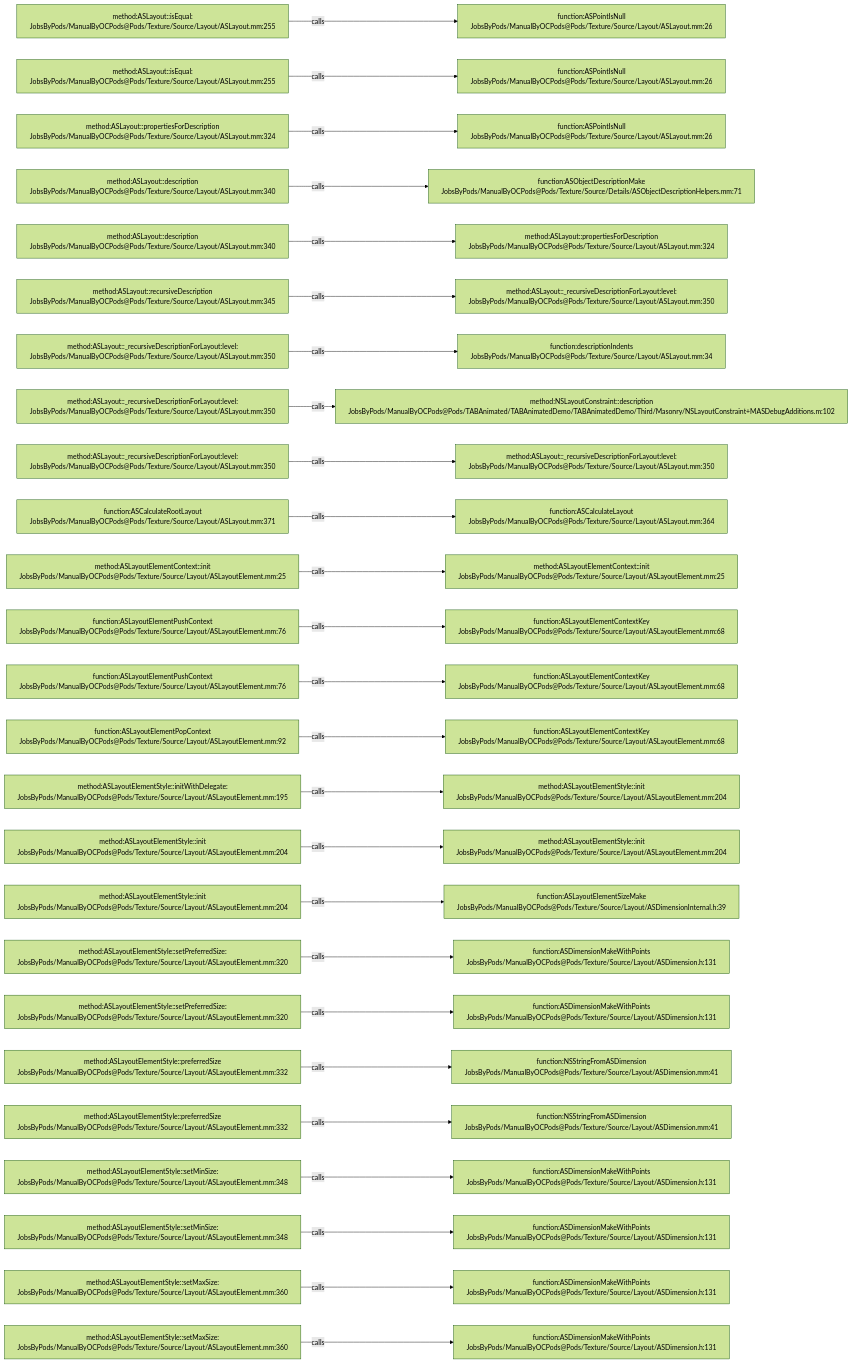
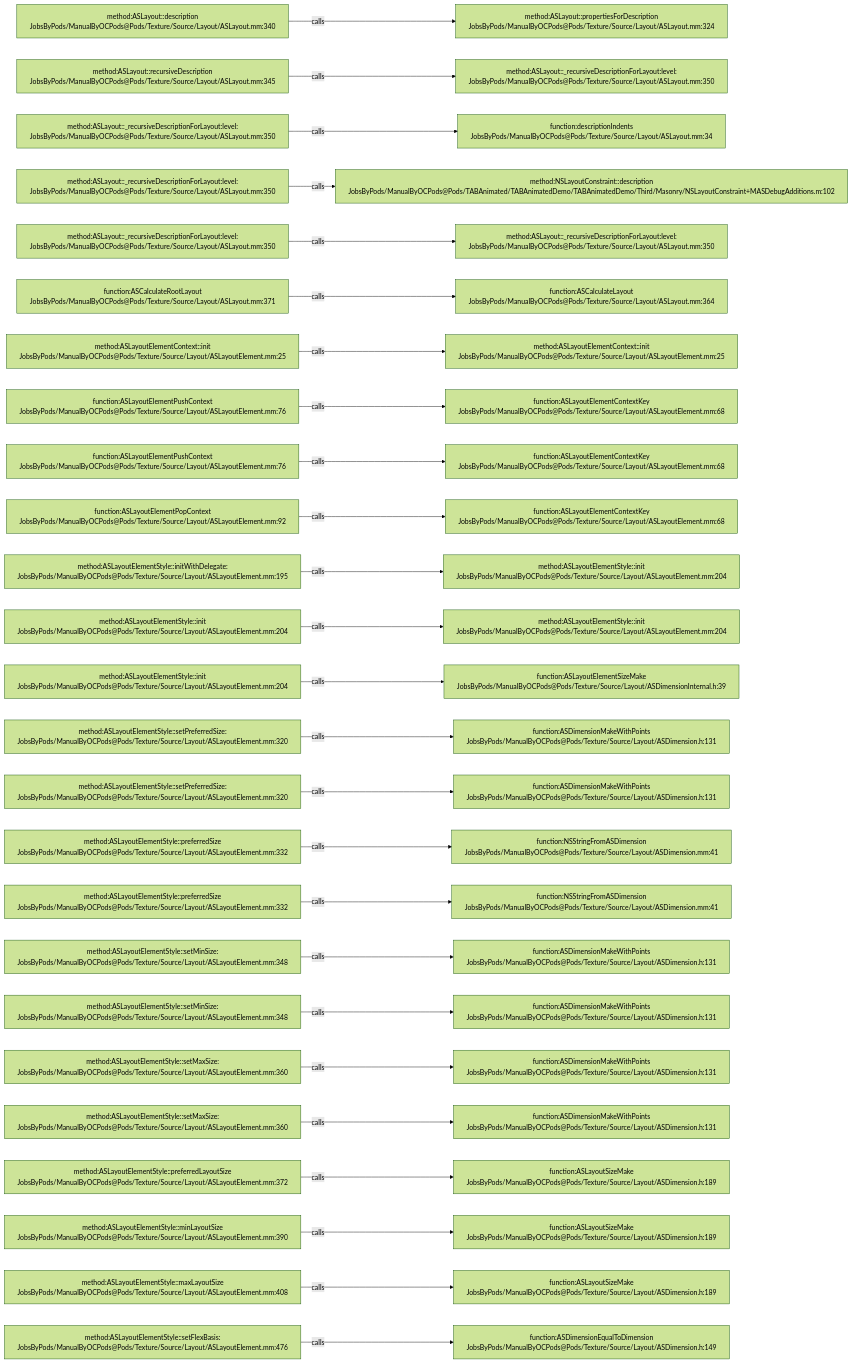
Before and after one commit to JobsKits/JobsOCBaseConfigDemo: the diagram in .codegraph/codegraph.md/graphs/calls-177.md, drawn with Mermaid (forest theme). The commit also changed 727 other files, not shown here.

````diff
--- a/.codegraph/codegraph.md/graphs/calls-177.md
+++ b/.codegraph/codegraph.md/graphs/calls-177.md
@@ -13,78 +13,78 @@
 ```mermaid
 flowchart LR
-  S1["method:ASLayout::isEqual:<br/>JobsByPods/ManualByOCPods@Pods/Texture/Source/Layout/ASLayout.mm:255"]
-  T1["function:ASPointIsNull<br/>JobsByPods/ManualByOCPods@Pods/Texture/Source/Layout/ASLayout.mm:26"]
+  S1["method:ASLayout::description<br/>JobsByPods/ManualByOCPods@Pods/Texture/Source/Layout/ASLayout.mm:340"]
+  T1["method:ASLayout::propertiesForDescription<br/>JobsByPods/ManualByOCPods@Pods/Texture/Source/Layout/ASLayout.mm:324"]
   S1 -->|calls| T1
-  S2["method:ASLayout::isEqual:<br/>JobsByPods/ManualByOCPods@Pods/Texture/Source/Layout/ASLayout.mm:255"]
-  T2["function:ASPointIsNull<br/>JobsByPods/ManualByOCPods@Pods/Texture/Source/Layout/ASLayout.mm:26"]
+  S2["method:ASLayout::recursiveDescription<br/>JobsByPods/ManualByOCPods@Pods/Texture/Source/Layout/ASLayout.mm:345"]
+  T2["method:ASLayout::_recursiveDescriptionForLayout:level:<br/>JobsByPods/ManualByOCPods@Pods/Texture/Source/Layout/ASLayout.mm:350"]
   S2 -->|calls| T2
-  S3["method:ASLayout::propertiesForDescription<br/>JobsByPods/ManualByOCPods@Pods/Texture/Source/Layout/ASLayout.mm:324"]
-  T3["function:ASPointIsNull<br/>JobsByPods/ManualByOCPods@Pods/Texture/Source/Layout/ASLayout.mm:26"]
+  S3["method:ASLayout::_recursiveDescriptionForLayout:level:<br/>JobsByPods/ManualByOCPods@Pods/Texture/Source/Layout/ASLayout.mm:350"]
+  T3["function:descriptionIndents<br/>JobsByPods/ManualByOCPods@Pods/Texture/Source/Layout/ASLayout.mm:34"]
   S3 -->|calls| T3
-  S4["method:ASLayout::description<br/>JobsByPods/ManualByOCPods@Pods/Texture/Source/Layout/ASLayout.mm:340"]
-  T4["function:ASObjectDescriptionMake<br/>JobsByPods/ManualByOCPods@Pods/Texture/Source/Details/ASObjectDescriptionHelpers.mm:71"]
+  S4["method:ASLayout::_recursiveDescriptionForLayout:level:<br/>JobsByPods/ManualByOCPods@Pods/Texture/Source/Layout/ASLayout.mm:350"]
+  T4["method:NSLayoutConstraint::description<br/>JobsByPods/ManualByOCPods@Pods/TABAnimated/TABAnimatedDemo/TABAnimatedDemo/Third/Masonry/NSLayoutConstraint+MASDebugAdditions.m:102"]
   S4 -->|calls| T4
-  S5["method:ASLayout::description<br/>JobsByPods/ManualByOCPods@Pods/Texture/Source/Layout/ASLayout.mm:340"]
-  T5["method:ASLayout::propertiesForDescription<br/>JobsByPods/ManualByOCPods@Pods/Texture/Source/Layout/ASLayout.mm:324"]
+  S5["method:ASLayout::_recursiveDescriptionForLayout:level:<br/>JobsByPods/ManualByOCPods@Pods/Texture/Source/Layout/ASLayout.mm:350"]
+  T5["method:ASLayout::_recursiveDescriptionForLayout:level:<br/>JobsByPods/ManualByOCPods@Pods/Texture/Source/Layout/ASLayout.mm:350"]
   S5 -->|calls| T5
-  S6["method:ASLayout::recursiveDescription<br/>JobsByPods/ManualByOCPods@Pods/Texture/Source/Layout/ASLayout.mm:345"]
-  T6["method:ASLayout::_recursiveDescriptionForLayout:level:<br/>JobsByPods/ManualByOCPods@Pods/Texture/Source/Layout/ASLayout.mm:350"]
+  S6["function:ASCalculateRootLayout<br/>JobsByPods/ManualByOCPods@Pods/Texture/Source/Layout/ASLayout.mm:371"]
+  T6["function:ASCalculateLayout<br/>JobsByPods/ManualByOCPods@Pods/Texture/Source/Layout/ASLayout.mm:364"]
   S6 -->|calls| T6
-  S7["method:ASLayout::_recursiveDescriptionForLayout:level:<br/>JobsByPods/ManualByOCPods@Pods/Texture/Source/Layout/ASLayout.mm:350"]
-  T7["function:descriptionIndents<br/>JobsByPods/ManualByOCPods@Pods/Texture/Source/Layout/ASLayout.mm:34"]
+  S7["method:ASLayoutElementContext::init<br/>JobsByPods/ManualByOCPods@Pods/Texture/Source/Layout/ASLayoutElement.mm:25"]
+  T7["method:ASLayoutElementContext::init<br/>JobsByPods/ManualByOCPods@Pods/Texture/Source/Layout/ASLayoutElement.mm:25"]
   S7 -->|calls| T7
-  S8["method:ASLayout::_recursiveDescriptionForLayout:level:<br/>JobsByPods/ManualByOCPods@Pods/Texture/Source/Layout/ASLayout.mm:350"]
-  T8["method:NSLayoutConstraint::description<br/>JobsByPods/ManualByOCPods@Pods/TABAnimated/TABAnimatedDemo/TABAnimatedDemo/Third/Masonry/NSLayoutConstraint+MASDebugAdditions.m:102"]
+  S8["function:ASLayoutElementPushContext<br/>JobsByPods/ManualByOCPods@Pods/Texture/Source/Layout/ASLayoutElement.mm:76"]
+  T8["function:ASLayoutElementContextKey<br/>JobsByPods/ManualByOCPods@Pods/Texture/Source/Layout/ASLayoutElement.mm:68"]
   S8 -->|calls| T8
-  S9["method:ASLayout::_recursiveDescriptionForLayout:level:<br/>JobsByPods/ManualByOCPods@Pods/Texture/Source/Layout/ASLayout.mm:350"]
-  T9["method:ASLayout::_recursiveDescriptionForLayout:level:<br/>JobsByPods/ManualByOCPods@Pods/Texture/Source/Layout/ASLayout.mm:350"]
+  S9["function:ASLayoutElementPushContext<br/>JobsByPods/ManualByOCPods@Pods/Texture/Source/Layout/ASLayoutElement.mm:76"]
+  T9["function:ASLayoutElementContextKey<br/>JobsByPods/ManualByOCPods@Pods/Texture/Source/Layout/ASLayoutElement.mm:68"]
   S9 -->|calls| T9
-  S10["function:ASCalculateRootLayout<br/>JobsByPods/ManualByOCPods@Pods/Texture/Source/Layout/ASLayout.mm:371"]
-  T10["function:ASCalculateLayout<br/>JobsByPods/ManualByOCPods@Pods/Texture/Source/Layout/ASLayout.mm:364"]
+  S10["function:ASLayoutElementPopContext<br/>JobsByPods/ManualByOCPods@Pods/Texture/Source/Layout/ASLayoutElement.mm:92"]
+  T10["function:ASLayoutElementContextKey<br/>JobsByPods/ManualByOCPods@Pods/Texture/Source/Layout/ASLayoutElement.mm:68"]
   S10 -->|calls| T10
-  S11["method:ASLayoutElementContext::init<br/>JobsByPods/ManualByOCPods@Pods/Texture/Source/Layout/ASLayoutElement.mm:25"]
-  T11["method:ASLayoutElementContext::init<br/>JobsByPods/ManualByOCPods@Pods/Texture/Source/Layout/ASLayoutElement.mm:25"]
+  S11["method:ASLayoutElementStyle::initWithDelegate:<br/>JobsByPods/ManualByOCPods@Pods/Texture/Source/Layout/ASLayoutElement.mm:195"]
+  T11["method:ASLayoutElementStyle::init<br/>JobsByPods/ManualByOCPods@Pods/Texture/Source/Layout/ASLayoutElement.mm:204"]
   S11 -->|calls| T11
-  S12["function:ASLayoutElementPushContext<br/>JobsByPods/ManualByOCPods@Pods/Texture/Source/Layout/ASLayoutElement.mm:76"]
-  T12["function:ASLayoutElementContextKey<br/>JobsByPods/ManualByOCPods@Pods/Texture/Source/Layout/ASLayoutElement.mm:68"]
+  S12["method:ASLayoutElementStyle::init<br/>JobsByPods/ManualByOCPods@Pods/Texture/Source/Layout/ASLayoutElement.mm:204"]
+  T12["method:ASLayoutElementStyle::init<br/>JobsByPods/ManualByOCPods@Pods/Texture/Source/Layout/ASLayoutElement.mm:204"]
   S12 -->|calls| T12
-  S13["function:ASLayoutElementPushContext<br/>JobsByPods/ManualByOCPods@Pods/Texture/Source/Layout/ASLayoutElement.mm:76"]
-  T13["function:ASLayoutElementContextKey<br/>JobsByPods/ManualByOCPods@Pods/Texture/Source/Layout/ASLayoutElement.mm:68"]
+  S13["method:ASLayoutElementStyle::init<br/>JobsByPods/ManualByOCPods@Pods/Texture/Source/Layout/ASLayoutElement.mm:204"]
+  T13["function:ASLayoutElementSizeMake<br/>JobsByPods/ManualByOCPods@Pods/Texture/Source/Layout/ASDimensionInternal.h:39"]
   S13 -->|calls| T13
-  S14["function:ASLayoutElementPopContext<br/>JobsByPods/ManualByOCPods@Pods/Texture/Source/Layout/ASLayoutElement.mm:92"]
-  T14["function:ASLayoutElementContextKey<br/>JobsByPods/ManualByOCPods@Pods/Texture/Source/Layout/ASLayoutElement.mm:68"]
+  S14["method:ASLayoutElementStyle::setPreferredSize:<br/>JobsByPods/ManualByOCPods@Pods/Texture/Source/Layout/ASLayoutElement.mm:320"]
+  T14["function:ASDimensionMakeWithPoints<br/>JobsByPods/ManualByOCPods@Pods/Texture/Source/Layout/ASDimension.h:131"]
   S14 -->|calls| T14
-  S15["method:ASLayoutElementStyle::initWithDelegate:<br/>JobsByPods/ManualByOCPods@Pods/Texture/Source/Layout/ASLayoutElement.mm:195"]
-  T15["method:ASLayoutElementStyle::init<br/>JobsByPods/ManualByOCPods@Pods/Texture/Source/Layout/ASLayoutElement.mm:204"]
+  S15["method:ASLayoutElementStyle::setPreferredSize:<br/>JobsByPods/ManualByOCPods@Pods/Texture/Source/Layout/ASLayoutElement.mm:320"]
+  T15["function:ASDimensionMakeWithPoints<br/>JobsByPods/ManualByOCPods@Pods/Texture/Source/Layout/ASDimension.h:131"]
   S15 -->|calls| T15
-  S16["method:ASLayoutElementStyle::init<br/>JobsByPods/ManualByOCPods@Pods/Texture/Source/Layout/ASLayoutElement.mm:204"]
-  T16["method:ASLayoutElementStyle::init<br/>JobsByPods/ManualByOCPods@Pods/Texture/Source/Layout/ASLayoutElement.mm:204"]
+  S16["method:ASLayoutElementStyle::preferredSize<br/>JobsByPods/ManualByOCPods@Pods/Texture/Source/Layout/ASLayoutElement.mm:332"]
+  T16["function:NSStringFromASDimension<br/>JobsByPods/ManualByOCPods@Pods/Texture/Source/Layout/ASDimension.mm:41"]
   S16 -->|calls| T16
-  S17["method:ASLayoutElementStyle::init<br/>JobsByPods/ManualByOCPods@Pods/Texture/Source/Layout/ASLayoutElement.mm:204"]
-  T17["function:ASLayoutElementSizeMake<br/>JobsByPods/ManualByOCPods@Pods/Texture/Source/Layout/ASDimensionInternal.h:39"]
+  S17["method:ASLayoutElementStyle::preferredSize<br/>JobsByPods/ManualByOCPods@Pods/Texture/Source/Layout/ASLayoutElement.mm:332"]
+  T17["function:NSStringFromASDimension<br/>JobsByPods/ManualByOCPods@Pods/Texture/Source/Layout/ASDimension.mm:41"]
   S17 -->|calls| T17
-  S18["method:ASLayoutElementStyle::setPreferredSize:<br/>JobsByPods/ManualByOCPods@Pods/Texture/Source/Layout/ASLayoutElement.mm:320"]
+  S18["method:ASLayoutElementStyle::setMinSize:<br/>JobsByPods/ManualByOCPods@Pods/Texture/Source/Layout/ASLayoutElement.mm:348"]
   T18["function:ASDimensionMakeWithPoints<br/>JobsByPods/ManualByOCPods@Pods/Texture/Source/Layout/ASDimension.h:131"]
   S18 -->|calls| T18
-  S19["method:ASLayoutElementStyle::setPreferredSize:<br/>JobsByPods/ManualByOCPods@Pods/Texture/Source/Layout/ASLayoutElement.mm:320"]
+  S19["method:ASLayoutElementStyle::setMinSize:<br/>JobsByPods/ManualByOCPods@Pods/Texture/Source/Layout/ASLayoutElement.mm:348"]
   T19["function:ASDimensionMakeWithPoints<br/>JobsByPods/ManualByOCPods@Pods/Texture/Source/Layout/ASDimension.h:131"]
   S19 -->|calls| T19
-  S20["method:ASLayoutElementStyle::preferredSize<br/>JobsByPods/ManualByOCPods@Pods/Texture/Source/Layout/ASLayoutElement.mm:332"]
-  T20["function:NSStringFromASDimension<br/>JobsByPods/ManualByOCPods@Pods/Texture/Source/Layout/ASDimension.mm:41"]
+  S20["method:ASLayoutElementStyle::setMaxSize:<br/>JobsByPods/ManualByOCPods@Pods/Texture/Source/Layout/ASLayoutElement.mm:360"]
+  T20["function:ASDimensionMakeWithPoints<br/>JobsByPods/ManualByOCPods@Pods/Texture/Source/Layout/ASDimension.h:131"]
   S20 -->|calls| T20
-  S21["method:ASLayoutElementStyle::preferredSize<br/>JobsByPods/ManualByOCPods@Pods/Texture/Source/Layout/ASLayoutElement.mm:332"]
-  T21["function:NSStringFromASDimension<br/>JobsByPods/ManualByOCPods@Pods/Texture/Source/Layout/ASDimension.mm:41"]
+  S21["method:ASLayoutElementStyle::setMaxSize:<br/>JobsByPods/ManualByOCPods@Pods/Texture/Source/Layout/ASLayoutElement.mm:360"]
+  T21["function:ASDimensionMakeWithPoints<br/>JobsByPods/ManualByOCPods@Pods/Texture/Source/Layout/ASDimension.h:131"]
   S21 -->|calls| T21
-  S22["method:ASLayoutElementStyle::setMinSize:<br/>JobsByPods/ManualByOCPods@Pods/Texture/Source/Layout/ASLayoutElement.mm:348"]
-  T22["function:ASDimensionMakeWithPoints<br/>JobsByPods/ManualByOCPods@Pods/Texture/Source/Layout/ASDimension.h:131"]
+  S22["method:ASLayoutElementStyle::preferredLayoutSize<br/>JobsByPods/ManualByOCPods@Pods/Texture/Source/Layout/ASLayoutElement.mm:372"]
+  T22["function:ASLayoutSizeMake<br/>JobsByPods/ManualByOCPods@Pods/Texture/Source/Layout/ASDimension.h:189"]
   S22 -->|calls| T22
-  S23["method:ASLayoutElementStyle::setMinSize:<br/>JobsByPods/ManualByOCPods@Pods/Texture/Source/Layout/ASLayoutElement.mm:348"]
-  T23["function:ASDimensionMakeWithPoints<br/>JobsByPods/ManualByOCPods@Pods/Texture/Source/Layout/ASDimension.h:131"]
+  S23["method:ASLayoutElementStyle::minLayoutSize<br/>JobsByPods/ManualByOCPods@Pods/Texture/Source/Layout/ASLayoutElement.mm:390"]
+  T23["function:ASLayoutSizeMake<br/>JobsByPods/ManualByOCPods@Pods/Texture/Source/Layout/ASDimension.h:189"]
   S23 -->|calls| T23
-  S24["method:ASLayoutElementStyle::setMaxSize:<br/>JobsByPods/ManualByOCPods@Pods/Texture/Source/Layout/ASLayoutElement.mm:360"]
-  T24["function:ASDimensionMakeWithPoints<br/>JobsByPods/ManualByOCPods@Pods/Texture/Source/Layout/ASDimension.h:131"]
+  S24["method:ASLayoutElementStyle::maxLayoutSize<br/>JobsByPods/ManualByOCPods@Pods/Texture/Source/Layout/ASLayoutElement.mm:408"]
+  T24["function:ASLayoutSizeMake<br/>JobsByPods/ManualByOCPods@Pods/Texture/Source/Layout/ASDimension.h:189"]
   S24 -->|calls| T24
-  S25["method:ASLayoutElementStyle::setMaxSize:<br/>JobsByPods/ManualByOCPods@Pods/Texture/Source/Layout/ASLayoutElement.mm:360"]
-  T25["function:ASDimensionMakeWithPoints<br/>JobsByPods/ManualByOCPods@Pods/Texture/Source/Layout/ASDimension.h:131"]
+  S25["method:ASLayoutElementStyle::setFlexBasis:<br/>JobsByPods/ManualByOCPods@Pods/Texture/Source/Layout/ASLayoutElement.mm:476"]
+  T25["function:ASDimensionEqualToDimension<br/>JobsByPods/ManualByOCPods@Pods/Texture/Source/Layout/ASDimension.h:149"]
   S25 -->|calls| T25
 ```
````
